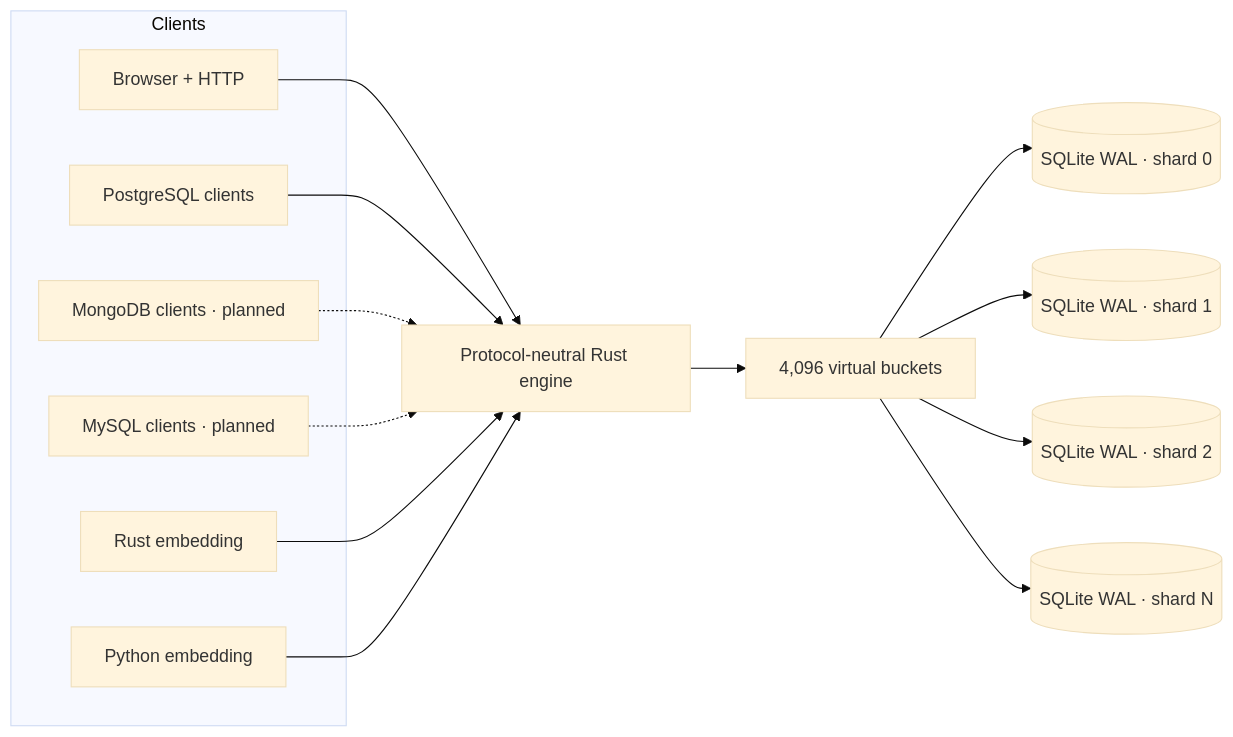
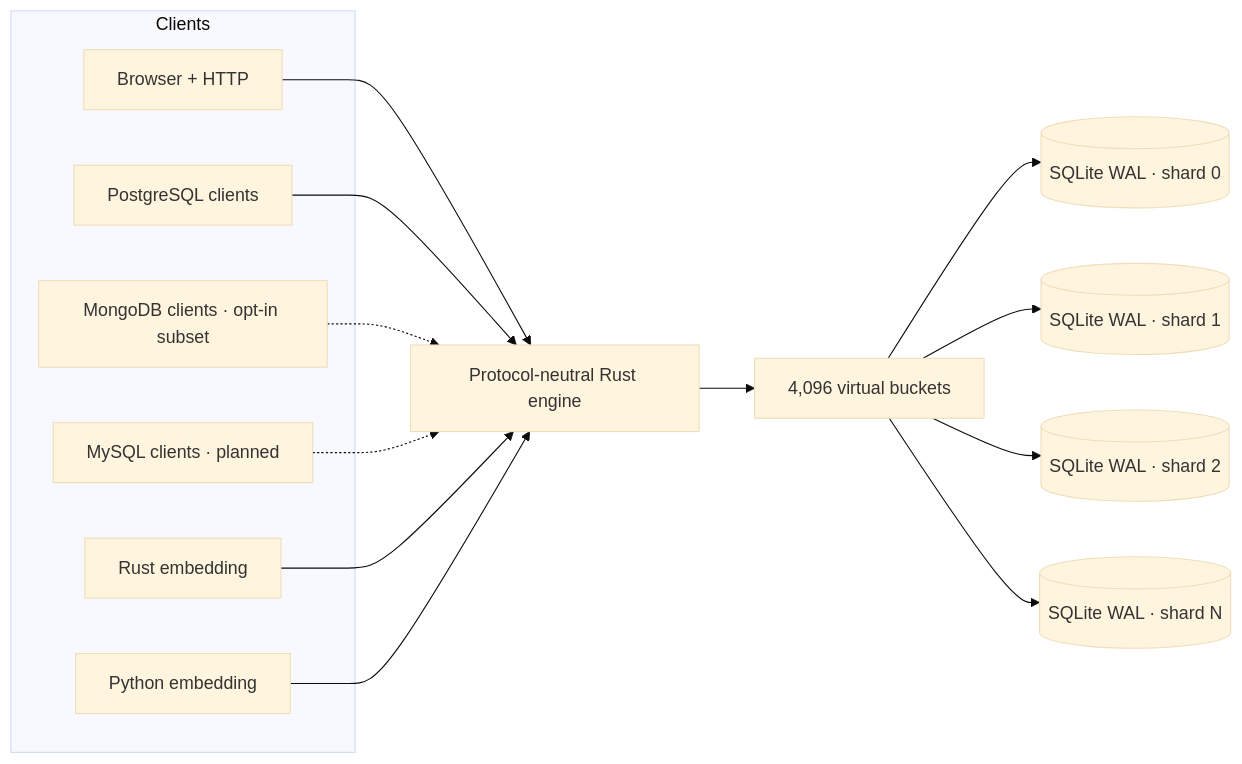
The diagram in README.md (schapman1974/briskdb), drawn with Mermaid (base theme) before and after one commit. The commit also changed other lines of this file and 22 other files, not shown here.

````diff
--- a/README.md
+++ b/README.md
@@ -55,24 +55,24 @@
 ```mermaid
 flowchart LR
     subgraph Clients
         WEB[Browser + HTTP]
         PG[PostgreSQL clients]
-        MONGO[MongoDB clients · planned]
+        MONGO[MongoDB clients · opt-in subset]
         MYSQL[MySQL clients · planned]
         RUST[Rust embedding]
         PY[Python embedding]
     end
 
     WEB --> ENGINE
     PG --> ENGINE
     MONGO -.-> ENGINE
     MYSQL -.-> ENGINE
     RUST --> ENGINE
     PY --> ENGINE
 
     ENGINE[Protocol-neutral Rust engine] --> ROUTER[4,096 virtual buckets]
     ROUTER --> S0[(SQLite WAL · shard 0)]
     ROUTER --> S1[(SQLite WAL · shard 1)]
     ROUTER --> S2[(SQLite WAL · shard 2)]
     ROUTER --> SN[(SQLite WAL · shard N)]
 ```
````
